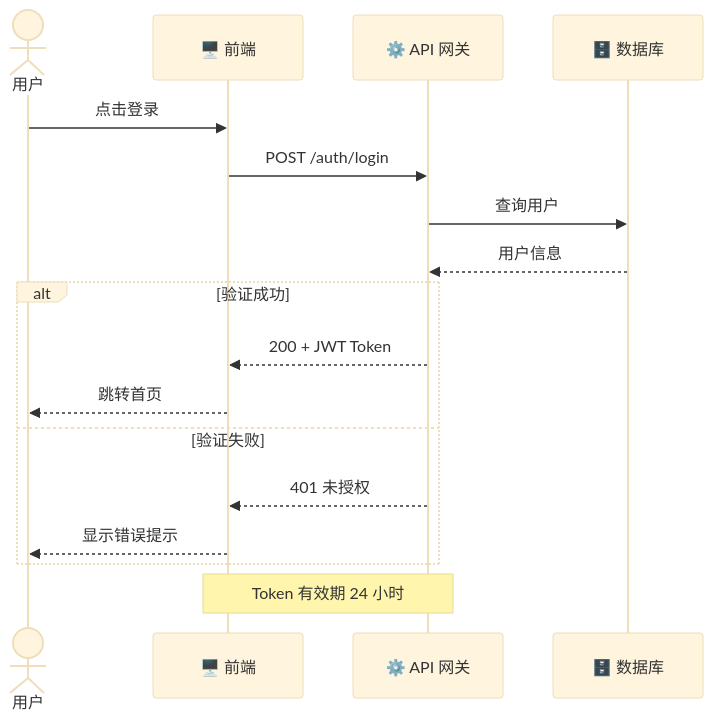
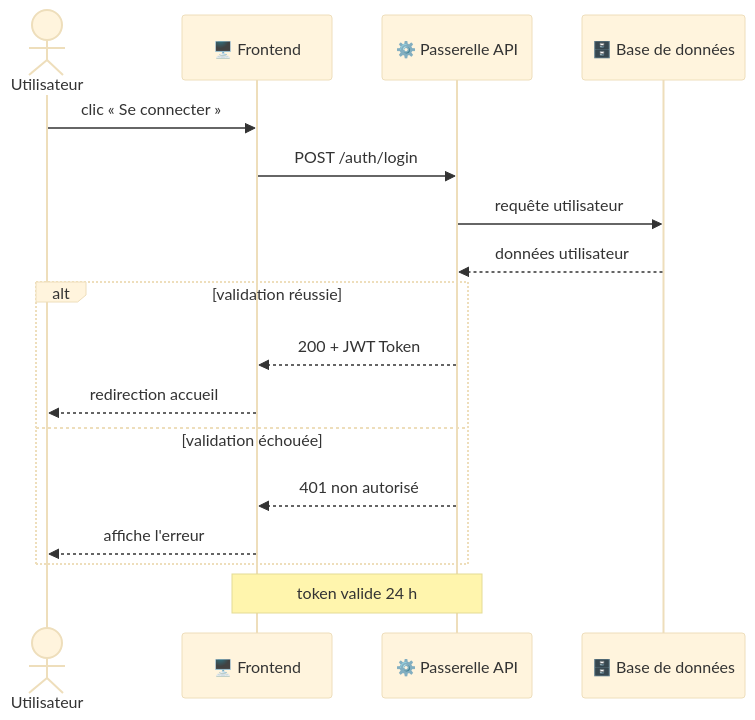
One commit to bigleon2/KNOWLEDGE changed the third of 15 diagrams in skills/PM skills/charts/references/mermaid.md. Above: the diagram before and after it, drawn with Mermaid (base theme). The commit also changed other lines of this file and 35 other files, not shown here.

````diff
--- a/skills/PM skills/charts/references/mermaid.md
+++ b/skills/PM skills/charts/references/mermaid.md
@@ -297,22 +297,22 @@
 ```mermaid
 sequenceDiagram
-    actor 用户
-    participant 前端 as 🖥️ 前端
-    participant API as ⚙️ API 网关
-    participant DB as 🗄️ 数据库
+    actor Utilisateur
+    participant Frontend as 🖥️ Frontend
+    participant API as ⚙️ Passerelle API
+    participant DB as 🗄️ Base de données
 
-    用户->>前端: 点击登录
-    前端->>API: POST /auth/login
-    API->>DB: 查询用户
-    DB-->>API: 用户信息
+    Utilisateur->>Frontend: clic « Se connecter »
+    Frontend->>API: POST /auth/login
+    API->>DB: requête utilisateur
+    DB-->>API: données utilisateur
     
-    alt 验证成功
-        API-->>前端: 200 + JWT Token
-        前端-->>用户: 跳转首页
-    else 验证失败
-        API-->>前端: 401 未授权
-        前端-->>用户: 显示错误提示
+    alt validation réussie
+        API-->>Frontend: 200 + JWT Token
+        Frontend-->>Utilisateur: redirection accueil
+    else validation échouée
+        API-->>Frontend: 401 non autorisé
+        Frontend-->>Utilisateur: affiche l'erreur
     end
     
-    Note over 前端,API: Token 有效期 24 小时
+    Note over Frontend,API: token valide 24 h
 ```
````
